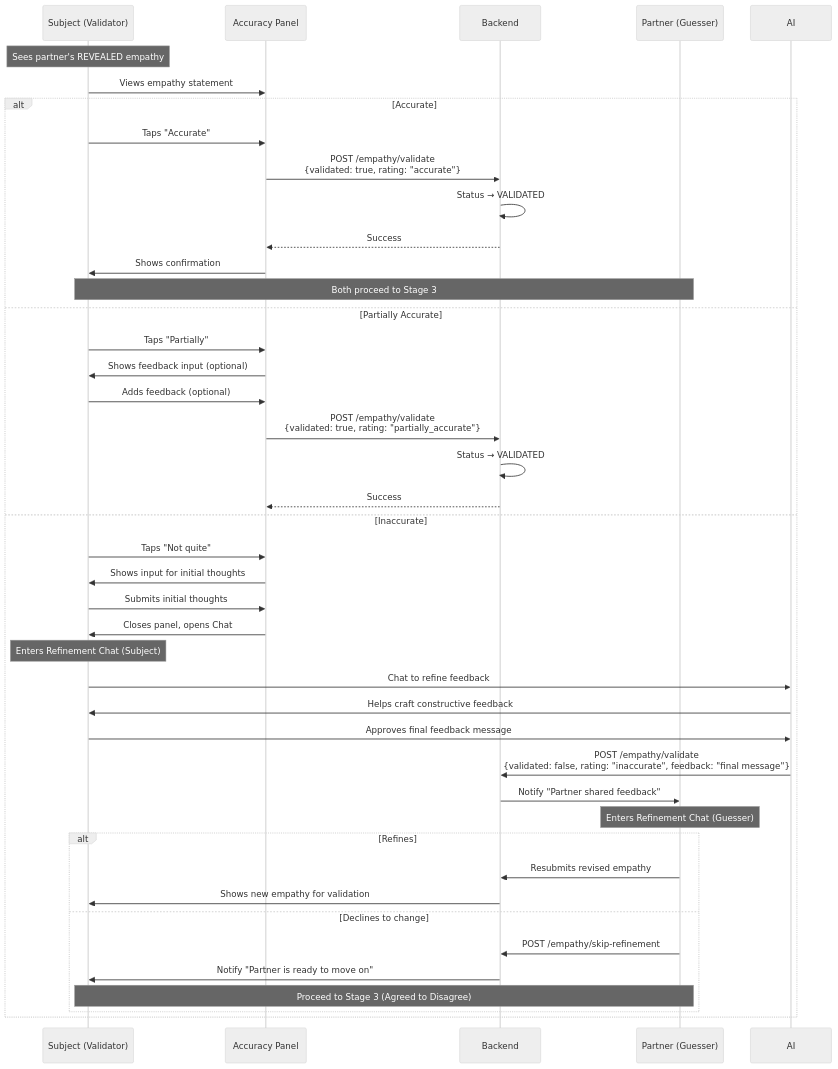
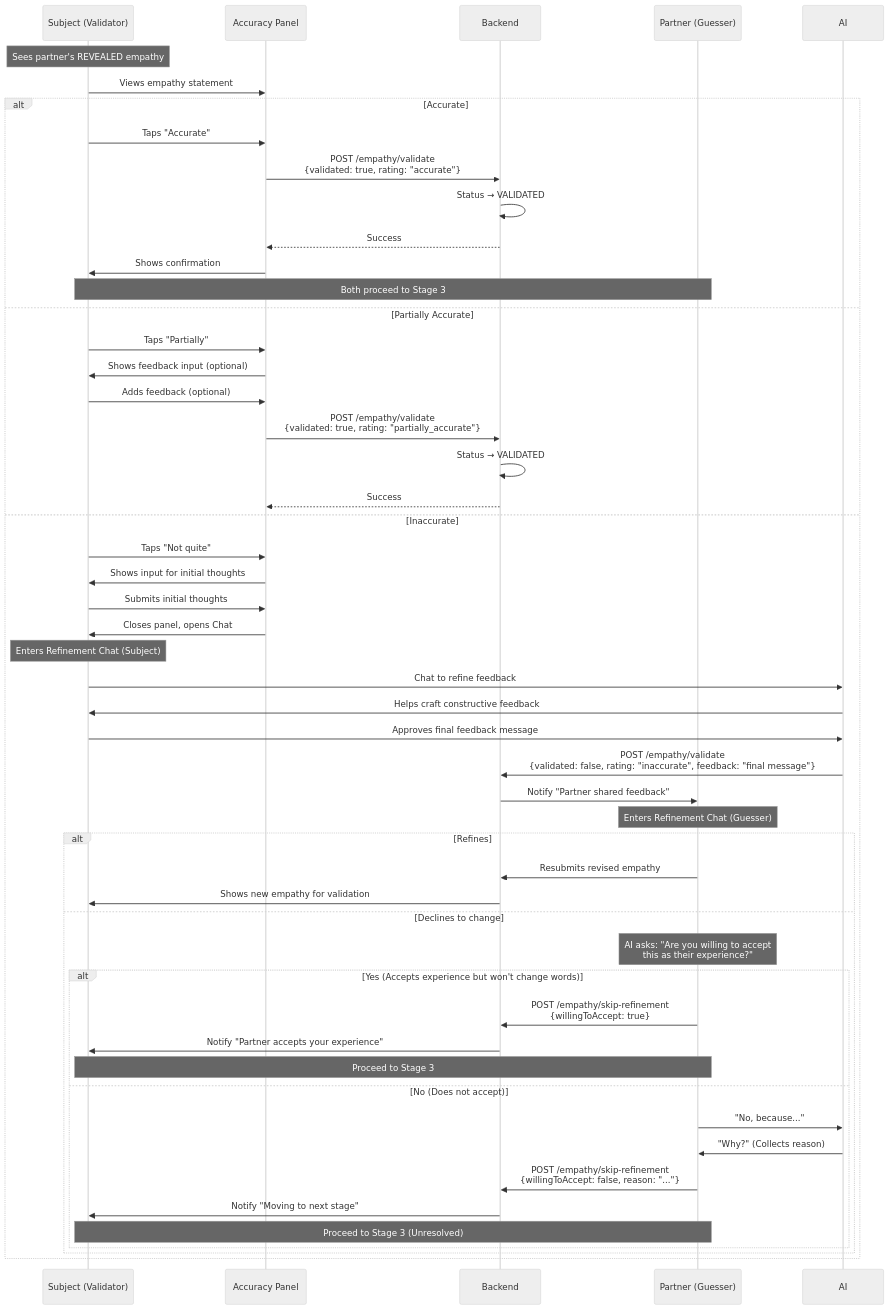
One commit to shantamg/meet-without-fear changed the third of 3 diagrams in docs/user-flows/accuracy-feedback-flow.md. Above: the diagram before and after it, drawn with Mermaid (neutral theme). The commit also changed other lines of this file and 18 other files, not shown here.

First line of the commit message:
Implement Empathy Validation & Transition Flow (Backend & Frontend)

````diff
--- a/docs/user-flows/accuracy-feedback-flow.md
+++ b/docs/user-flows/accuracy-feedback-flow.md
@@ -80,50 +80,59 @@
 ```mermaid
 sequenceDiagram
     participant User as Subject (Validator)
     participant Panel as Accuracy Panel
     participant API as Backend
     participant Partner as Partner (Guesser)
 
     Note over User: Sees partner's REVEALED empathy
 
     User->>Panel: Views empathy statement
 
     alt Accurate
         User->>Panel: Taps "Accurate"
         Panel->>API: POST /empathy/validate<br/>{validated: true, rating: "accurate"}
         API->>API: Status → VALIDATED
         API-->>Panel: Success
         Panel->>User: Shows confirmation
         Note over User,Partner: Both proceed to Stage 3
     else Partially Accurate
         User->>Panel: Taps "Partially"
         Panel->>User: Shows feedback input (optional)
         User->>Panel: Adds feedback (optional)
         Panel->>API: POST /empathy/validate<br/>{validated: true, rating: "partially_accurate"}
         API->>API: Status → VALIDATED
         API-->>Panel: Success
     else Inaccurate
         User->>Panel: Taps "Not quite"
         Panel->>User: Shows input for initial thoughts
         User->>Panel: Submits initial thoughts
         Panel->>User: Closes panel, opens Chat
         Note over User: Enters Refinement Chat (Subject)
         
         User->>AI: Chat to refine feedback
         AI->>User: Helps craft constructive feedback
         User->>AI: Approves final feedback message
         
         AI->>API: POST /empathy/validate<br/>{validated: false, rating: "inaccurate", feedback: "final message"}
         API->>Partner: Notify "Partner shared feedback"
         
         Note over Partner: Enters Refinement Chat (Guesser)
         alt Refines
             Partner->>API: Resubmits revised empathy
             API->>User: Shows new empathy for validation
         else Declines to change
-            Partner->>API: POST /empathy/skip-refinement
-            API->>User: Notify "Partner is ready to move on"
-            Note over User,Partner: Proceed to Stage 3 (Agreed to Disagree)
+            Note over Partner: AI asks: "Are you willing to accept<br/>this as their experience?"
+            alt Yes (Accepts experience but won't change words)
+                Partner->>API: POST /empathy/skip-refinement<br/>{willingToAccept: true}
+                API->>User: Notify "Partner accepts your experience"
+                Note over User,Partner: Proceed to Stage 3
+            else No (Does not accept)
+                Partner->>AI: "No, because..."
+                AI->>Partner: "Why?" (Collects reason)
+                Partner->>API: POST /empathy/skip-refinement<br/>{willingToAccept: false, reason: "..."}
+                API->>User: Notify "Moving to next stage"
+                Note over User,Partner: Proceed to Stage 3 (Unresolved)
+            end
         end
     end
 ```
````
